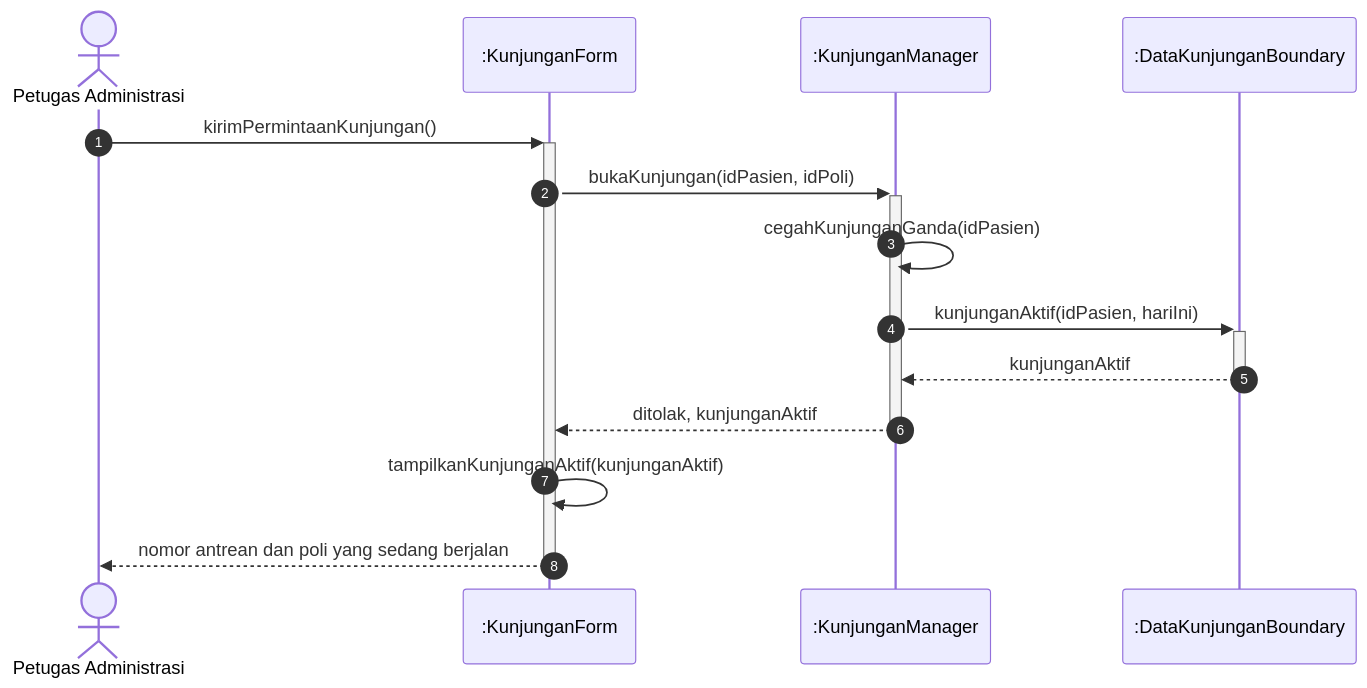
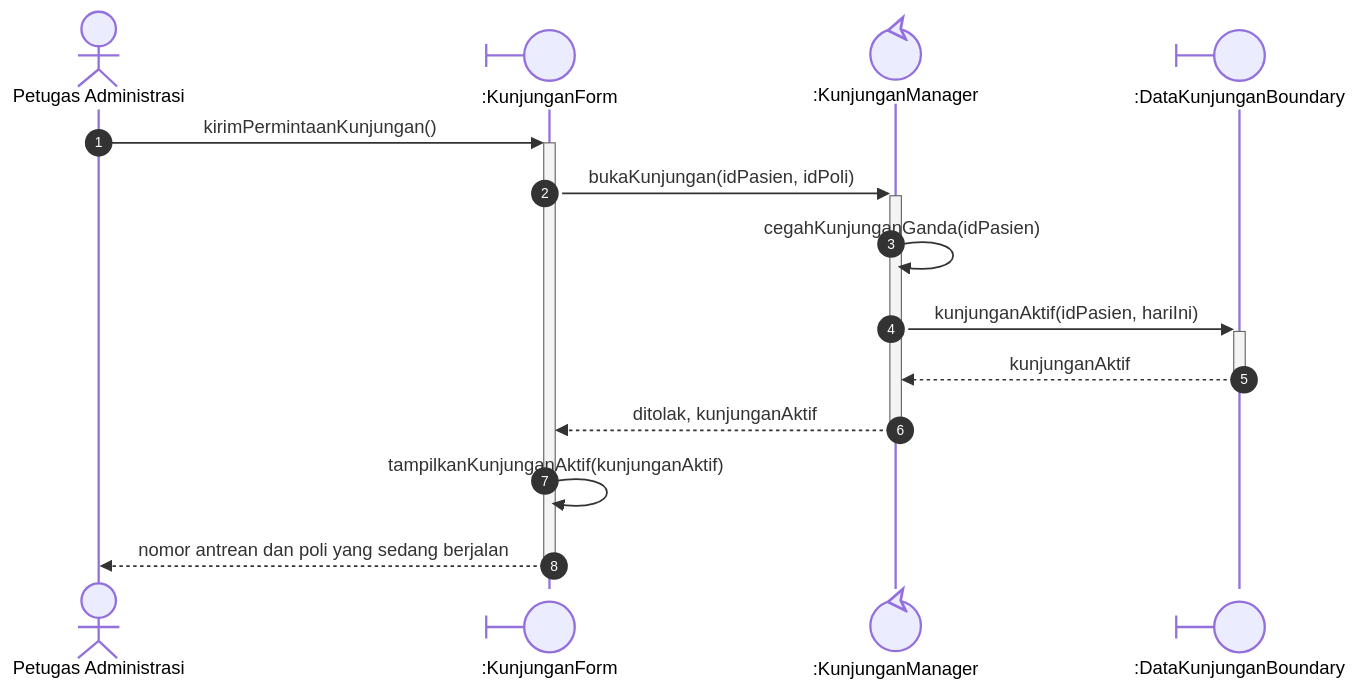
Before and after one commit to angseleong/IF2150-RPL-K02-G09: the diagram in docs/M7/assets/diagram/src/sequence-uc03-alt1.mmd, drawn with Mermaid. The commit also changed 59 other files, not shown here.

Commit message:
docs(m7): gambar ulang sequence UC01-UC06 dengan notasi BCE dan pangkas diagram kelas

```diff
--- a/docs/M7/assets/diagram/src/sequence-uc03-alt1.mmd
+++ b/docs/M7/assets/diagram/src/sequence-uc03-alt1.mmd
@@ -1,14 +1,14 @@
 sequenceDiagram
   autonumber
   actor A as Petugas Administrasi
-  participant KunjunganForm as :KunjunganForm
-  participant KunjunganManager as :KunjunganManager
-  participant DataKunjunganBoundary as :DataKunjunganBoundary
+  participant KunjunganForm@{ "type": "boundary" } as :KunjunganForm
+  participant KunjunganManager@{ "type": "control" } as :KunjunganManager
+  participant DataKunjunganBoundary@{ "type": "boundary" } as :DataKunjunganBoundary
   A->>+KunjunganForm: kirimPermintaanKunjungan()
   KunjunganForm->>+KunjunganManager: bukaKunjungan(idPasien, idPoli)
   KunjunganManager->>KunjunganManager: cegahKunjunganGanda(idPasien)
   KunjunganManager->>+DataKunjunganBoundary: kunjunganAktif(idPasien, hariIni)
   DataKunjunganBoundary-->>-KunjunganManager: kunjunganAktif
   KunjunganManager-->>-KunjunganForm: ditolak, kunjunganAktif
   KunjunganForm->>KunjunganForm: tampilkanKunjunganAktif(kunjunganAktif)
   KunjunganForm-->>-A: nomor antrean dan poli yang sedang berjalan
```
